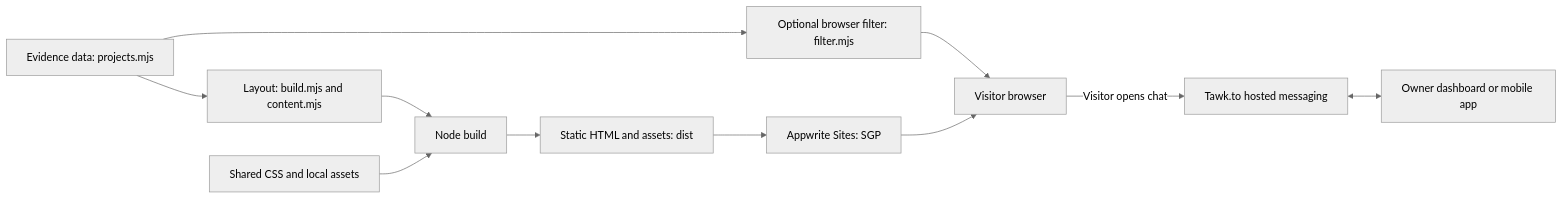
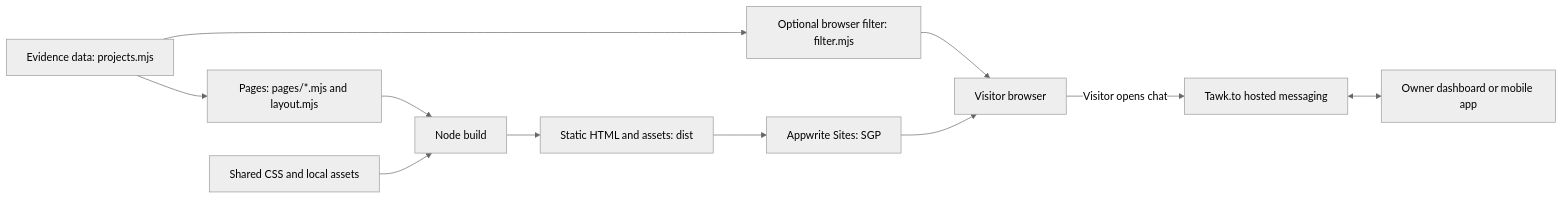
The first of 3 diagrams in 2026-27/SEM1/CS5709 - Software Engineering Evolution/Assignment 1/DESIGN.md (ChiragAgg5k/ul-university-notes), drawn with Mermaid (neutral theme) before and after one commit. The commit also changed other lines of this file and 3 other files, not shown here.

````diff
--- a/2026-27/SEM1/CS5709 - Software Engineering Evolution/Assignment 1/DESIGN.md
+++ b/2026-27/SEM1/CS5709 - Software Engineering Evolution/Assignment 1/DESIGN.md
@@ -16,13 +16,13 @@
 ```mermaid
 flowchart LR
-  Source[Layout: build.mjs and content.mjs] --> Build[Node build]
+  Source[Pages: pages/*.mjs and layout.mjs] --> Build[Node build]
   Data[Evidence data: projects.mjs] --> Source
   Data --> Filter[Optional browser filter: filter.mjs]
   Filter --> Browser
   CSS[Shared CSS and local assets] --> Build
   Build --> HTML[Static HTML and assets: dist]
   HTML --> Host[Appwrite Sites: SGP]
   Host --> Browser[Visitor browser]
   Browser -->|Visitor opens chat| Tawk[Tawk.to hosted messaging]
   Tawk <--> Owner[Owner dashboard or mobile app]
 ```
````
